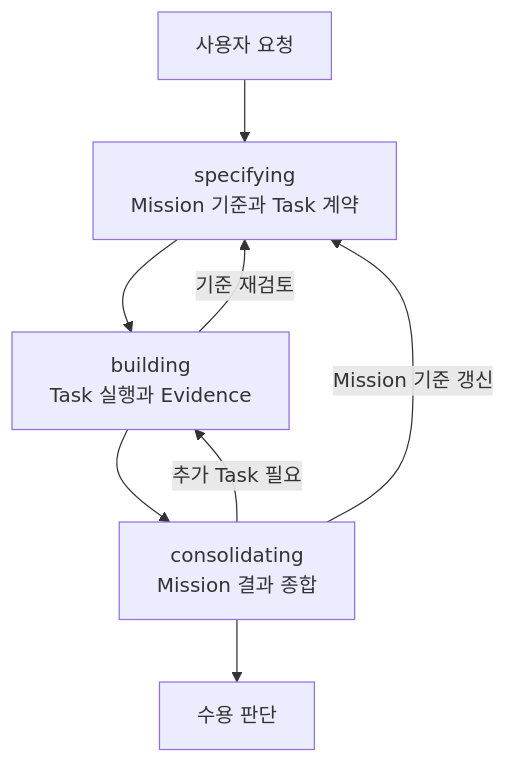
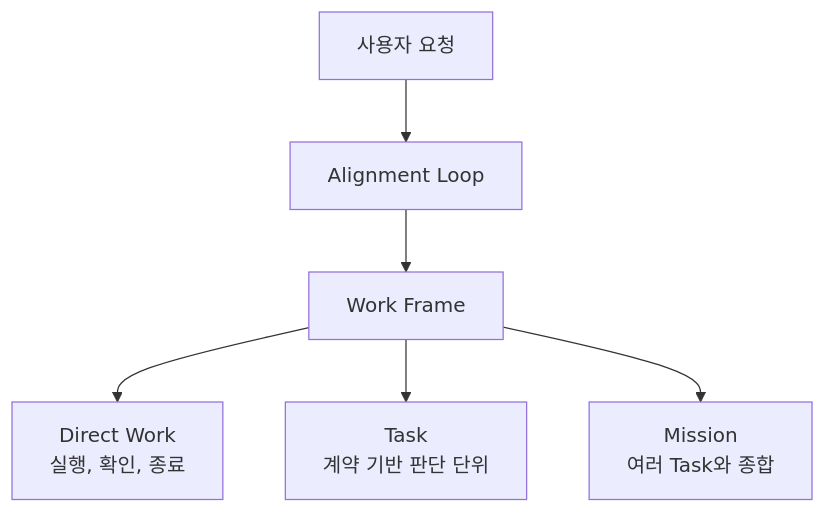
Before and after one commit to choam2426/Geas: the first of 2 diagrams in README.ko.md, drawn with Mermaid. The commit also changed other lines of this file and 1 other file, not shown here.

````diff
--- a/README.ko.md
+++ b/README.ko.md
@@ -101,10 +103,8 @@
 ```mermaid
 flowchart TD
-  request["사용자 요청"] --> specifying["specifying<br/>Mission 기준과 Task 계약"]
-  specifying --> building["building<br/>Task 실행과 Evidence"]
-  building --> consolidating["consolidating<br/>Mission 결과 종합"]
-  consolidating --> judgment["수용 판단"]
-  building -->|"기준 재검토"| specifying
-  consolidating -->|"추가 Task 필요"| building
-  consolidating -->|"Mission 기준 갱신"| specifying
+  request["사용자 요청"] --> align["Alignment Loop"]
+  align --> frame["Work Frame"]
+  frame --> direct["Direct Work<br/>실행, 확인, 종료"]
+  frame --> task["Task<br/>계약 기반 판단 단위"]
+  frame --> mission["Mission<br/>여러 Task와 종합"]
 ```
````
